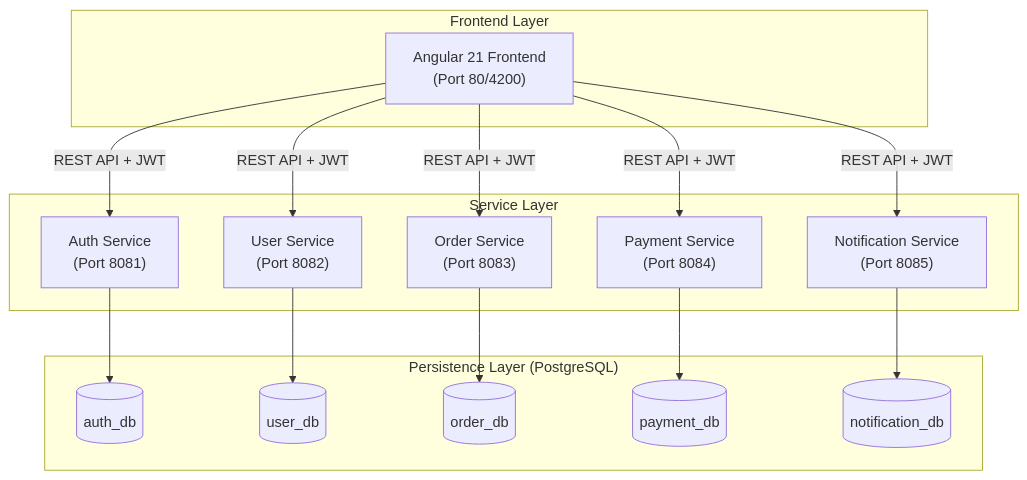
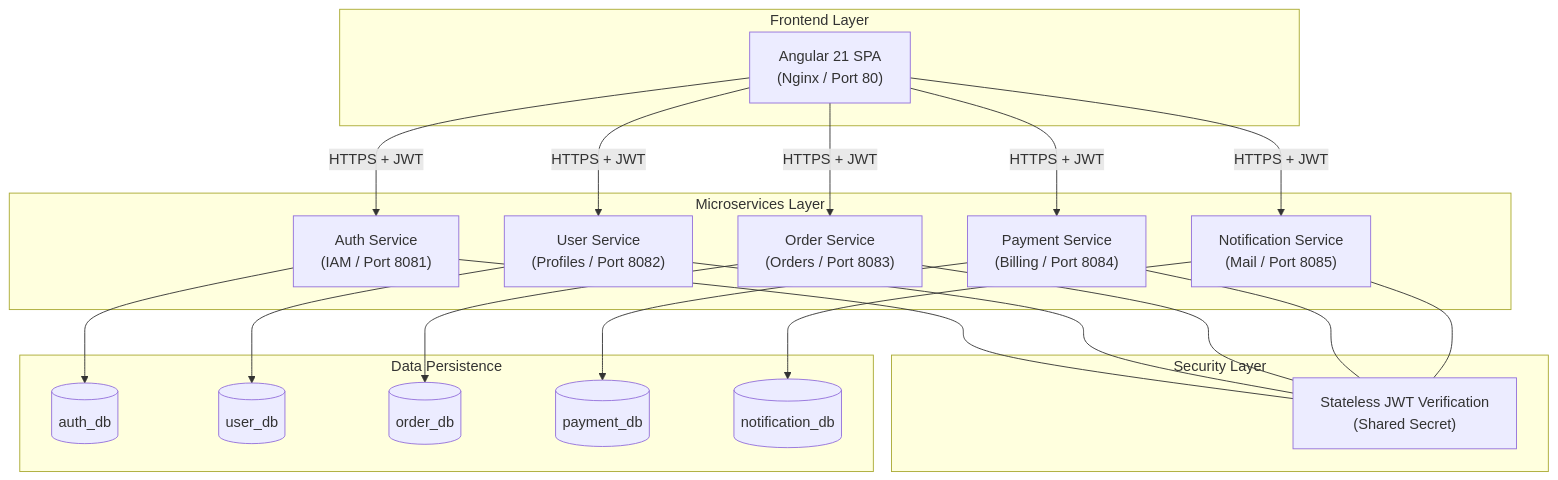
The first of 2 diagrams in README.md (Devansh-Chauhan-GitHub/microservice-application), drawn with Mermaid before and after one commit. The commit also changed other lines of this file, not shown here.

````diff
--- a/README.md
+++ b/README.md
@@ -11,34 +28,44 @@
 ```mermaid
 graph TD
     subgraph "Frontend Layer"
-        Angular["Angular 21 Frontend<br/>(Port 80/4200)"]
+        Angular["Angular 21 SPA<br/>(Nginx / Port 80)"]
     end
 
-    subgraph "Service Layer"
-        AuthS["Auth Service<br/>(Port 8081)"]
-        UserS["User Service<br/>(Port 8082)"]
-        OrderS["Order Service<br/>(Port 8083)"]
-        PayS["Payment Service<br/>(Port 8084)"]
-        NoteS["Notification Service<br/>(Port 8085)"]
+    subgraph "Security Layer"
+        JWT["Stateless JWT Verification<br/>(Shared Secret)"]
     end
 
-    subgraph "Persistence Layer (PostgreSQL)"
+    subgraph "Microservices Layer"
+        AuthS["Auth Service<br/>(IAM / Port 8081)"]
+        UserS["User Service<br/>(Profiles / Port 8082)"]
+        OrderS["Order Service<br/>(Orders / Port 8083)"]
+        PayS["Payment Service<br/>(Billing / Port 8084)"]
+        NoteS["Notification Service<br/>(Mail / Port 8085)"]
+    end
+
+    subgraph "Data Persistence"
         DB1[(auth_db)]
         DB2[(user_db)]
         DB3[(order_db)]
         DB4[(payment_db)]
         DB5[(notification_db)]
     end
 
-    Angular -->|REST API + JWT| AuthS
-    Angular -->|REST API + JWT| UserS
-    Angular -->|REST API + JWT| OrderS
-    Angular -->|REST API + JWT| PayS
-    Angular -->|REST API + JWT| NoteS
+    Angular -->|HTTPS + JWT| AuthS
+    Angular -->|HTTPS + JWT| UserS
+    Angular -->|HTTPS + JWT| OrderS
+    Angular -->|HTTPS + JWT| PayS
+    Angular -->|HTTPS + JWT| NoteS
+
+    AuthS --- JWT
+    UserS --- JWT
+    OrderS --- JWT
+    PayS --- JWT
+    NoteS --- JWT
 
     AuthS --> DB1
     UserS --> DB2
     OrderS --> DB3
     PayS --> DB4
     NoteS --> DB5
 ```
````
